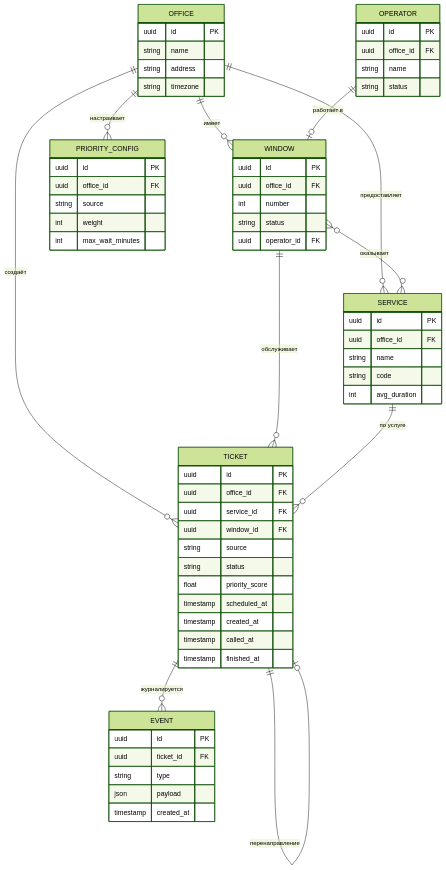
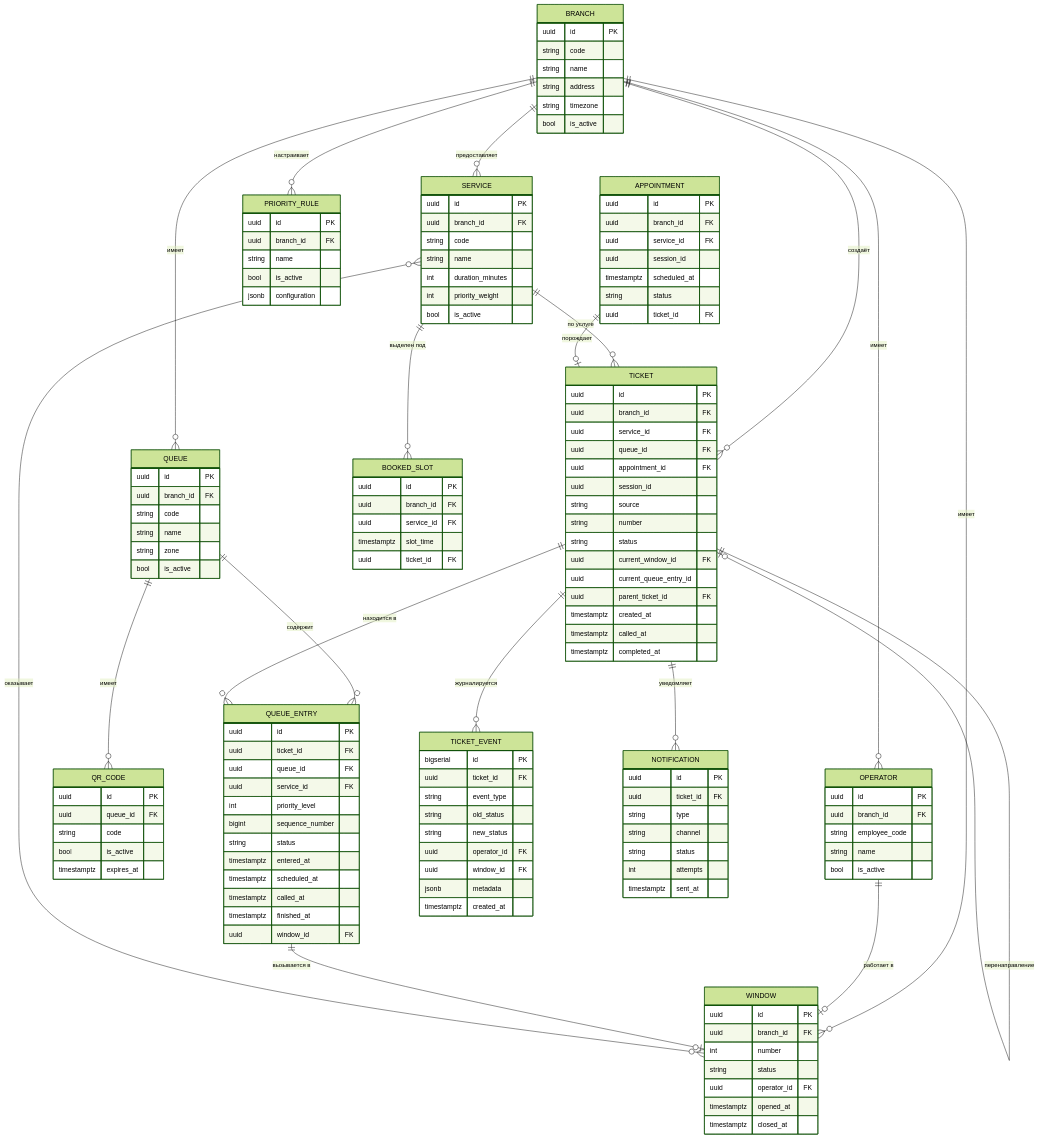
Before and after one commit to Rodion-NTQ-TEAM/tsifrovaya-ochere: the third of 8 diagrams in docs/architecture.md, drawn with Mermaid (forest theme). The commit also changed other lines of this file, not shown here.

Commit message:
docs(architecture): убрать Redis, добавить observability

````diff
--- a/docs/architecture.md
+++ b/docs/architecture.md
@@ -80,67 +88,144 @@
 ```mermaid
 erDiagram
-    OFFICE ||--o{ SERVICE : "предоставляет"
-    OFFICE ||--o{ WINDOW : "имеет"
-    OFFICE ||--o{ TICKET : "создаёт"
-    OFFICE ||--o{ PRIORITY_CONFIG : "настраивает"
-    WINDOW ||--o{ TICKET : "обслуживает"
+    BRANCH ||--o{ SERVICE : "предоставляет"
+    BRANCH ||--o{ WINDOW : "имеет"
+    BRANCH ||--o{ OPERATOR : "имеет"
+    BRANCH ||--o{ QUEUE : "имеет"
+    BRANCH ||--o{ TICKET : "создаёт"
+    BRANCH ||--o{ PRIORITY_RULE : "настраивает"
+    QUEUE ||--o{ QR_CODE : "имеет"
+    QUEUE ||--o{ QUEUE_ENTRY : "содержит"
     WINDOW }o--o{ SERVICE : "оказывает"
     OPERATOR ||--o| WINDOW : "работает в"
     SERVICE ||--o{ TICKET : "по услуге"
-    TICKET ||--o{ EVENT : "журналируется"
+    SERVICE ||--o{ BOOKED_SLOT : "выделен под"
+    APPOINTMENT ||--o| TICKET : "порождает"
+    TICKET ||--o{ QUEUE_ENTRY : "находится в"
+    TICKET ||--o{ TICKET_EVENT : "журналируется"
+    TICKET ||--o{ NOTIFICATION : "уведомляет"
     TICKET ||--o| TICKET : "перенаправление"
+    QUEUE_ENTRY ||--o| WINDOW : "вызывается в"
 
-    OFFICE {
+    BRANCH {
         uuid id PK
+        string code
         string name
         string address
         string timezone
+        bool is_active
     }
     SERVICE {
         uuid id PK
-        uuid office_id FK
+        uuid branch_id FK
+        string code
         string name
-        string code
-        int avg_duration
+        int duration_minutes
+        int priority_weight
+        bool is_active
     }
     WINDOW {
         uuid id PK
-        uuid office_id FK
+        uuid branch_id FK
         int number
         string status
         uuid operator_id FK
+        timestamptz opened_at
+        timestamptz closed_at
     }
     OPERATOR {
         uuid id PK
-        uuid office_id FK
+        uuid branch_id FK
+        string employee_code
         string name
+        bool is_active
+    }
+    QUEUE {
+        uuid id PK
+        uuid branch_id FK
+        string code
+        string name
+        string zone
+        bool is_active
+    }
+    QR_CODE {
+        uuid id PK
+        uuid queue_id FK
+        string code
+        bool is_active
+        timestamptz expires_at
+    }
+    APPOINTMENT {
+        uuid id PK
+        uuid branch_id FK
+        uuid service_id FK
+        uuid session_id
+        timestamptz scheduled_at
         string status
+        uuid ticket_id FK
     }
     TICKET {
         uuid id PK
-        uuid office_id FK
+        uuid branch_id FK
         uuid service_id FK
+        uuid queue_id FK
+        uuid appointment_id FK
+        uuid session_id
+        string source
+        string number
+        string status
+        uuid current_window_id FK
+        uuid current_queue_entry_id
+        uuid parent_ticket_id FK
+        timestamptz created_at
+        timestamptz called_at
+        timestamptz completed_at
+    }
+    QUEUE_ENTRY {
+        uuid id PK
+        uuid ticket_id FK
+        uuid queue_id FK
+        uuid service_id FK
+        int priority_level
+        bigint sequence_number
+        string status
+        timestamptz entered_at
+        timestamptz scheduled_at
+        timestamptz called_at
+        timestamptz finished_at
         uuid window_id FK
-        string source
-        string status
-        float priority_score
-        timestamp scheduled_at
-        timestamp created_at
-        timestamp called_at
-        timestamp finished_at
     }
-    EVENT {
+    TICKET_EVENT {
+        bigserial id PK
+        uuid ticket_id FK
+        string event_type
+        string old_status
+        string new_status
+        uuid operator_id FK
+        uuid window_id FK
+        jsonb metadata
+        timestamptz created_at
+    }
+    NOTIFICATION {
         uuid id PK
         uuid ticket_id FK
         string type
-        json payload
-        timestamp created_at
+        string channel
+        string status
+        int attempts
+        timestamptz sent_at
     }
-    PRIORITY_CONFIG {
+    PRIORITY_RULE {
         uuid id PK
-        uuid office_id FK
-        string source
-        int weight
-        int max_wait_minutes
+        uuid branch_id FK
+        string name
+        bool is_active
+        jsonb configuration
+    }
+    BOOKED_SLOT {
+        uuid id PK
+        uuid branch_id FK
+        uuid service_id FK
+        timestamptz slot_time
+        uuid ticket_id FK
     }
 ```
````
